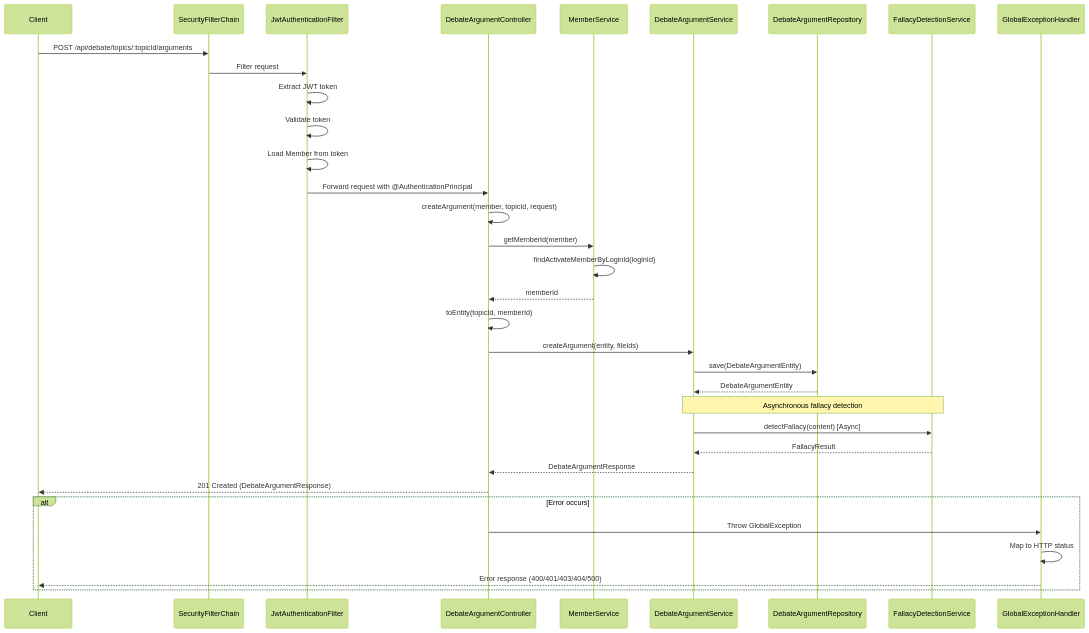
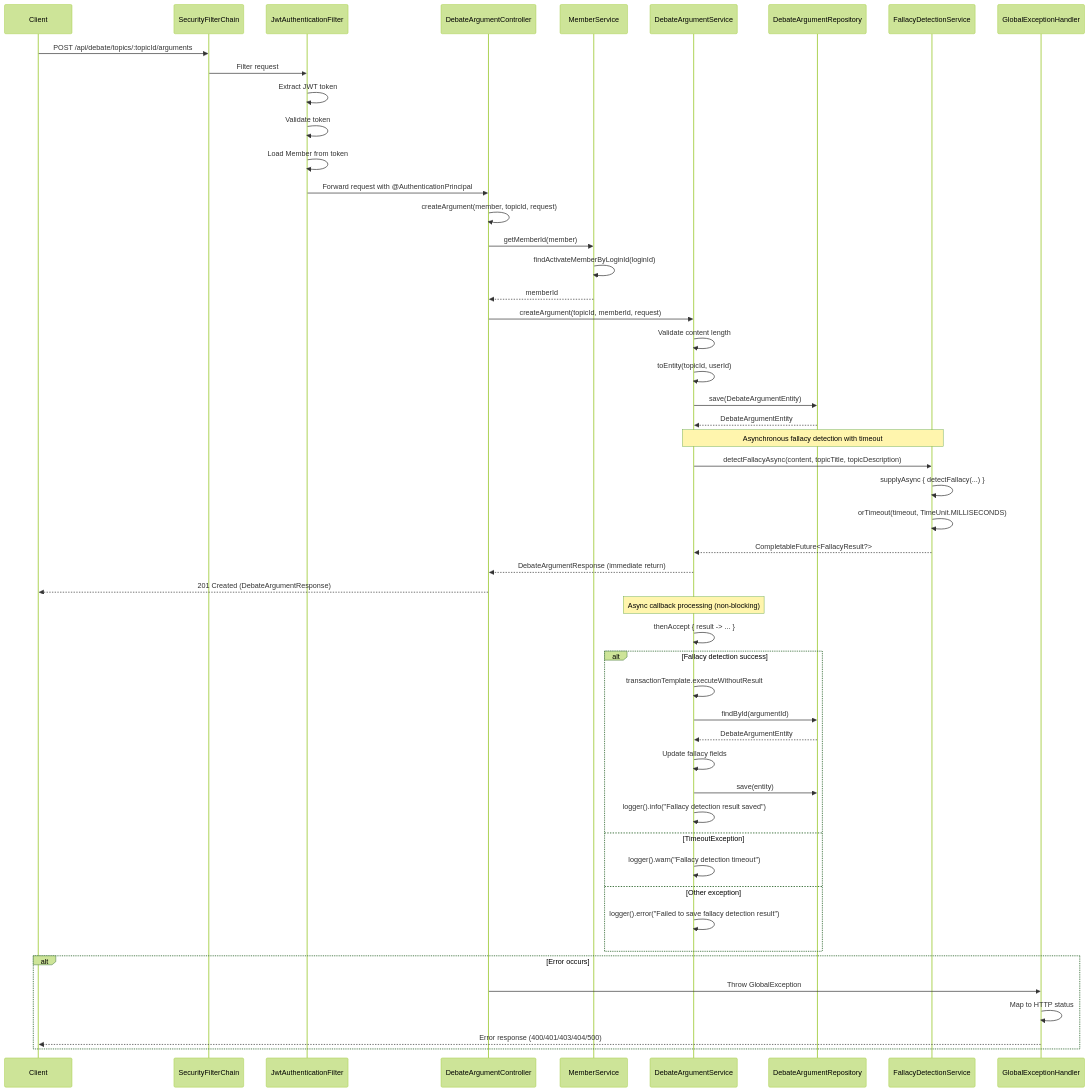
One commit to RKS-t/JungleBook changed the diagram in doc/debate/DebateArgumentController/createArgument-sequence.md. Above: the diagram before and after it, drawn with Mermaid (forest theme). The commit also changed 17 other files, not shown here.

First line of the commit message:
refactor: improve async fallacy detection with timeout control and exception handling

````diff
--- a/doc/debate/DebateArgumentController/createArgument-sequence.md
+++ b/doc/debate/DebateArgumentController/createArgument-sequence.md
@@ -3,42 +3,60 @@
 ```mermaid
 sequenceDiagram
     participant Client
     participant SecurityFilterChain
     participant JwtAuthenticationFilter
     participant DebateArgumentController
     participant MemberService
     participant DebateArgumentService
     participant DebateArgumentRepository
     participant FallacyDetectionService
     participant GlobalExceptionHandler
     
     Client->>SecurityFilterChain: POST /api/debate/topics/:topicId/arguments
     SecurityFilterChain->>JwtAuthenticationFilter: Filter request
     JwtAuthenticationFilter->>JwtAuthenticationFilter: Extract JWT token
     JwtAuthenticationFilter->>JwtAuthenticationFilter: Validate token
     JwtAuthenticationFilter->>JwtAuthenticationFilter: Load Member from token
     JwtAuthenticationFilter->>DebateArgumentController: Forward request with @AuthenticationPrincipal
     
     DebateArgumentController->>DebateArgumentController: createArgument(member, topicId, request)
     DebateArgumentController->>MemberService: getMemberId(member)
     MemberService->>MemberService: findActivateMemberByLoginId(loginId)
     MemberService-->>DebateArgumentController: memberId
     
-    DebateArgumentController->>DebateArgumentController: toEntity(topicId, memberId)
-    DebateArgumentController->>DebateArgumentService: createArgument(entity, fileIds)
+    DebateArgumentController->>DebateArgumentService: createArgument(topicId, memberId, request)
+    DebateArgumentService->>DebateArgumentService: Validate content length
+    DebateArgumentService->>DebateArgumentService: toEntity(topicId, userId)
     DebateArgumentService->>DebateArgumentRepository: save(DebateArgumentEntity)
     DebateArgumentRepository-->>DebateArgumentService: DebateArgumentEntity
     
-    Note over DebateArgumentService,FallacyDetectionService: Asynchronous fallacy detection
-    DebateArgumentService->>FallacyDetectionService: detectFallacy(content) [Async]
-    FallacyDetectionService-->>DebateArgumentService: FallacyResult
+    Note over DebateArgumentService,FallacyDetectionService: Asynchronous fallacy detection with timeout
+    DebateArgumentService->>FallacyDetectionService: detectFallacyAsync(content, topicTitle, topicDescription)
+    FallacyDetectionService->>FallacyDetectionService: supplyAsync { detectFallacy(...) }
+    FallacyDetectionService->>FallacyDetectionService: orTimeout(timeout, TimeUnit.MILLISECONDS)
+    FallacyDetectionService-->>DebateArgumentService: CompletableFuture<FallacyResult?>
     
-    DebateArgumentService-->>DebateArgumentController: DebateArgumentResponse
+    DebateArgumentService-->>DebateArgumentController: DebateArgumentResponse (immediate return)
     DebateArgumentController-->>Client: 201 Created (DebateArgumentResponse)
+    
+    Note over DebateArgumentService: Async callback processing (non-blocking)
+    DebateArgumentService->>DebateArgumentService: thenAccept { result -> ... }
+    alt Fallacy detection success
+        DebateArgumentService->>DebateArgumentService: transactionTemplate.executeWithoutResult
+        DebateArgumentService->>DebateArgumentRepository: findById(argumentId)
+        DebateArgumentRepository-->>DebateArgumentService: DebateArgumentEntity
+        DebateArgumentService->>DebateArgumentService: Update fallacy fields
+        DebateArgumentService->>DebateArgumentRepository: save(entity)
+        DebateArgumentService->>DebateArgumentService: logger().info("Fallacy detection result saved")
+    else TimeoutException
+        DebateArgumentService->>DebateArgumentService: logger().warn("Fallacy detection timeout")
+    else Other exception
+        DebateArgumentService->>DebateArgumentService: logger().error("Failed to save fallacy detection result")
+    end
     
     alt Error occurs
         DebateArgumentController->>GlobalExceptionHandler: Throw GlobalException
         GlobalExceptionHandler->>GlobalExceptionHandler: Map to HTTP status
         GlobalExceptionHandler-->>Client: Error response (400/401/403/404/500)
     end
 ```
````
